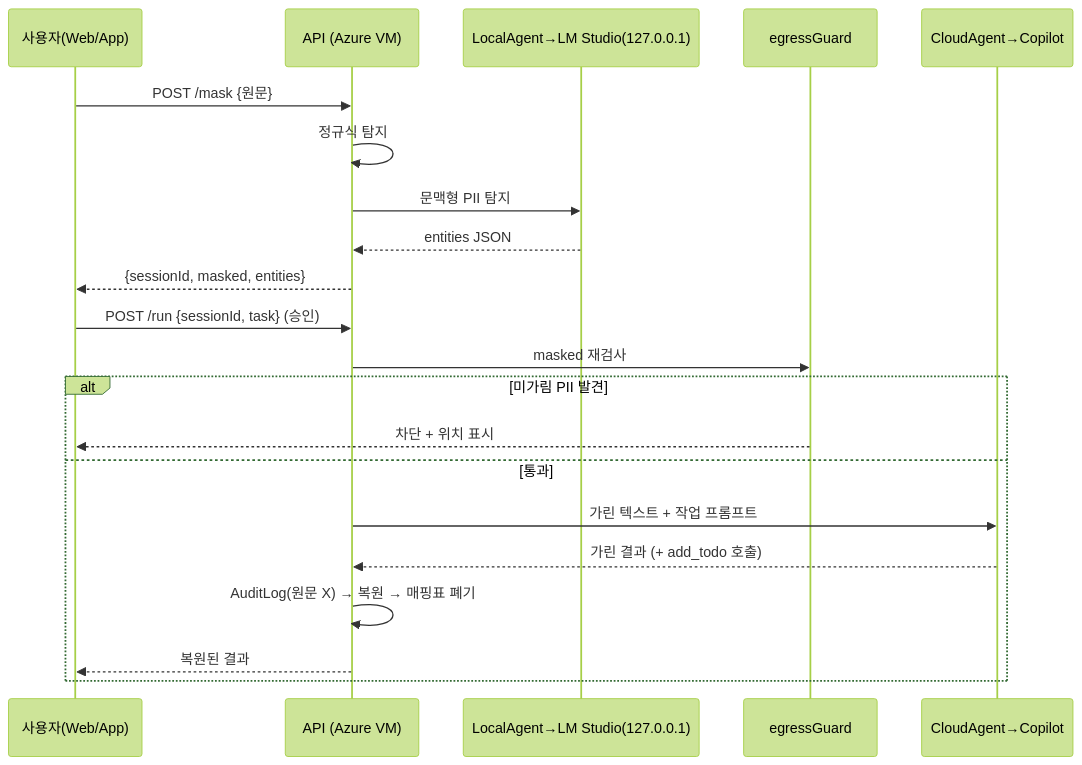
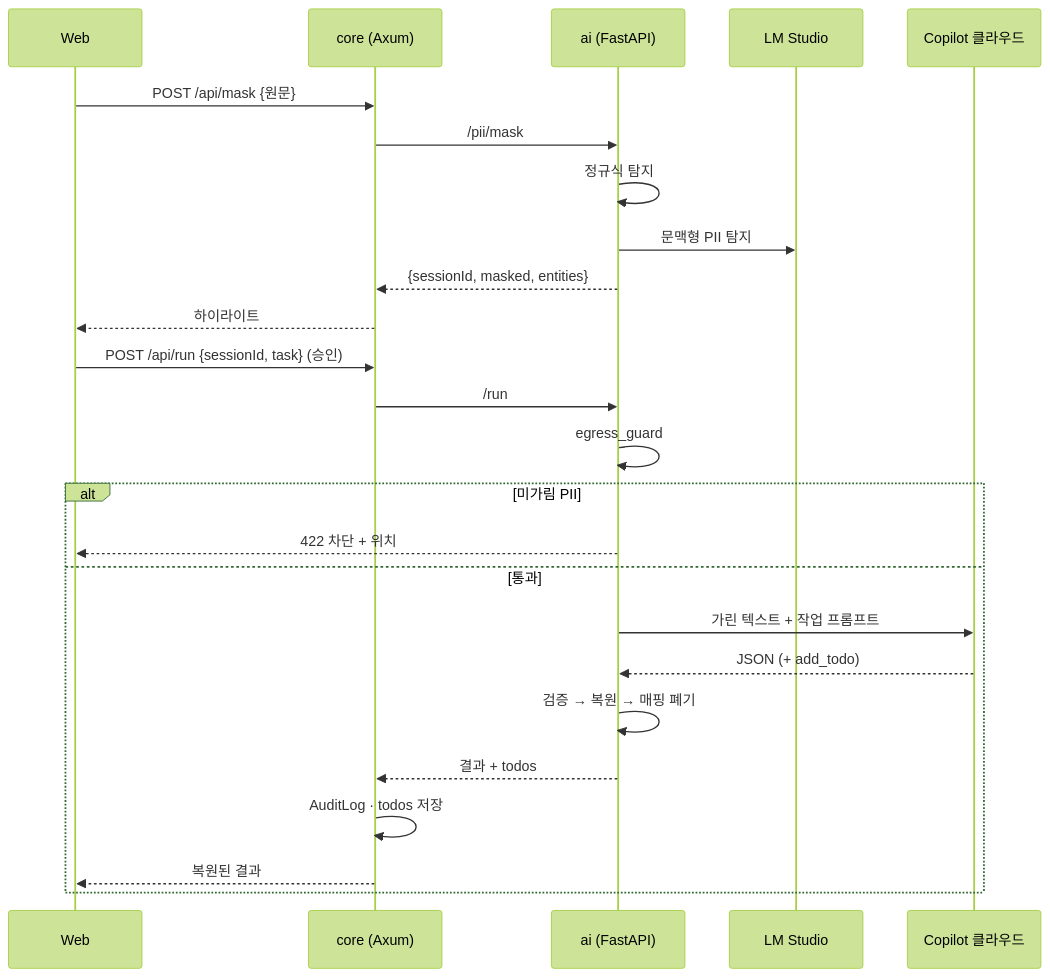
The second of 3 diagrams in docs/04-FLOW.md (kim-119/Cheongdo-Hackathon), drawn with Mermaid (forest theme) before and after one commit. The commit also changed other lines of this file and 9 other files, not shown here.

First line of the commit message:
docs: Axum(core)+FastAPI(ai) 분리 구조와 PDF·Excel RAG 반영

````diff
--- a/docs/04-FLOW.md
+++ b/docs/04-FLOW.md
@@ -19,24 +19,27 @@
 ```mermaid
 sequenceDiagram
-  participant U as 사용자(Web/App)
-  participant API as API (Azure VM)
-  participant L as LocalAgent→LM Studio(127.0.0.1)
-  participant G as egressGuard
-  participant C as CloudAgent→Copilot
-
-  U->>API: POST /mask {원문}
-  API->>API: 정규식 탐지
-  API->>L: 문맥형 PII 탐지
-  L-->>API: entities JSON
-  API-->>U: {sessionId, masked, entities}
-  U->>API: POST /run {sessionId, task} (승인)
-  API->>G: masked 재검사
-  alt 미가림 PII 발견
-    G-->>U: 차단 + 위치 표시
+  participant U as Web
+  participant C as core (Axum)
+  participant A as ai (FastAPI)
+  participant L as LM Studio
+  participant X as Copilot 클라우드
+  U->>C: POST /api/mask {원문}
+  C->>A: /pii/mask
+  A->>A: 정규식 탐지
+  A->>L: 문맥형 PII 탐지
+  A-->>C: {sessionId, masked, entities}
+  C-->>U: 하이라이트
+  U->>C: POST /api/run {sessionId, task} (승인)
+  C->>A: /run
+  A->>A: egress_guard
+  alt 미가림 PII
+    A-->>U: 422 차단 + 위치
   else 통과
-    API->>C: 가린 텍스트 + 작업 프롬프트
-    C-->>API: 가린 결과 (+ add_todo 호출)
-    API->>API: AuditLog(원문 X) → 복원 → 매핑표 폐기
-    API-->>U: 복원된 결과
+    A->>X: 가린 텍스트 + 작업 프롬프트
+    X-->>A: JSON (+ add_todo)
+    A->>A: 검증 → 복원 → 매핑 폐기
+    A-->>C: 결과 + todos
+    C->>C: AuditLog · todos 저장
+    C-->>U: 복원된 결과
   end
 ```
````
